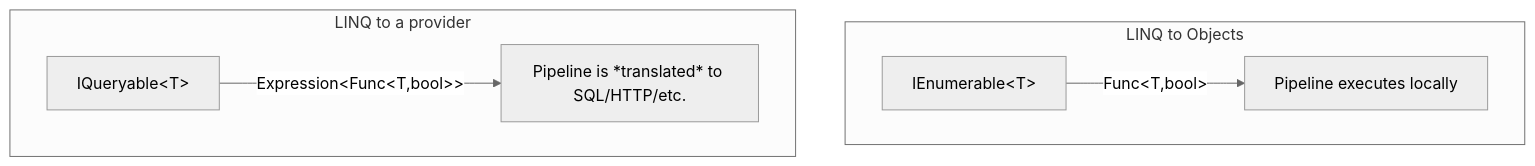
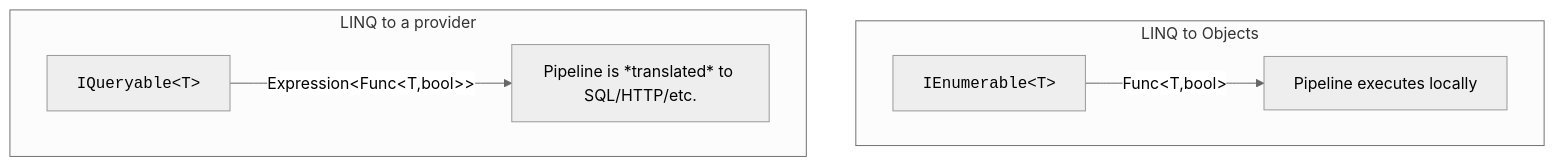
The second of 2 diagrams in content/learn/csharp-linq-functional/birth-of-linq.mdx (dataslope/dataslope), drawn with Mermaid (neutral theme) before and after one commit. The commit also changed 153 other files, not shown here.

First line of the commit message:
Render code-only mermaid shapes in monospace; convert step sequences to Steps

````diff
--- a/content/learn/csharp-linq-functional/birth-of-linq.mdx
+++ b/content/learn/csharp-linq-functional/birth-of-linq.mdx
@@ -117,9 +117,9 @@
 ```mermaid
 flowchart TB
     subgraph LinqToObjects[LINQ to Objects]
-        Q1["IEnumerable&lt;T&gt;"] -->|"Func&lt;T,bool&gt;"| F1[Pipeline executes locally]
+        Q1["<code>IEnumerable&lt;T&gt;</code>"] -->|"Func&lt;T,bool&gt;"| F1[Pipeline executes locally]
     end
     subgraph LinqToProviders[LINQ to a provider]
-        Q2["IQueryable&lt;T&gt;"] -->|"Expression&lt;Func&lt;T,bool&gt;&gt;"| F2[Pipeline is *translated* to SQL/HTTP/etc.]
+        Q2["<code>IQueryable&lt;T&gt;</code>"] -->|"Expression&lt;Func&lt;T,bool&gt;&gt;"| F2[Pipeline is *translated* to SQL/HTTP/etc.]
     end
 ```
````
